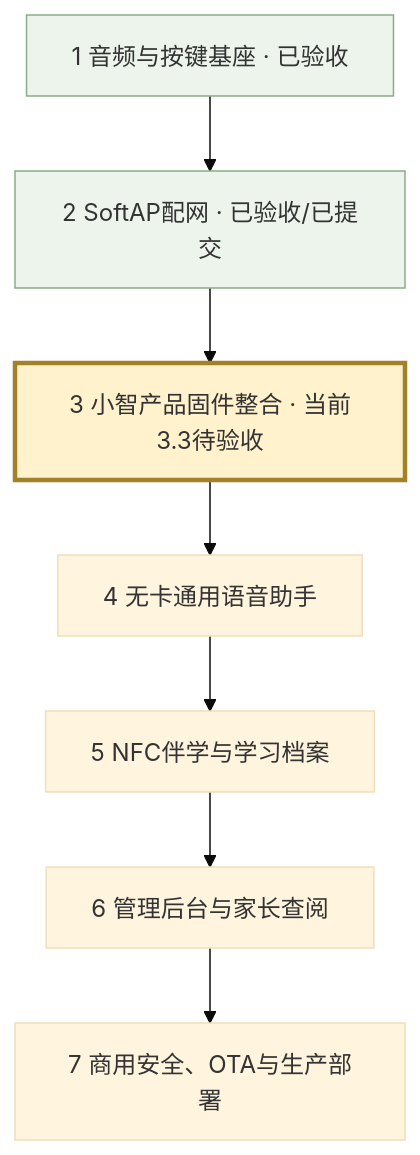
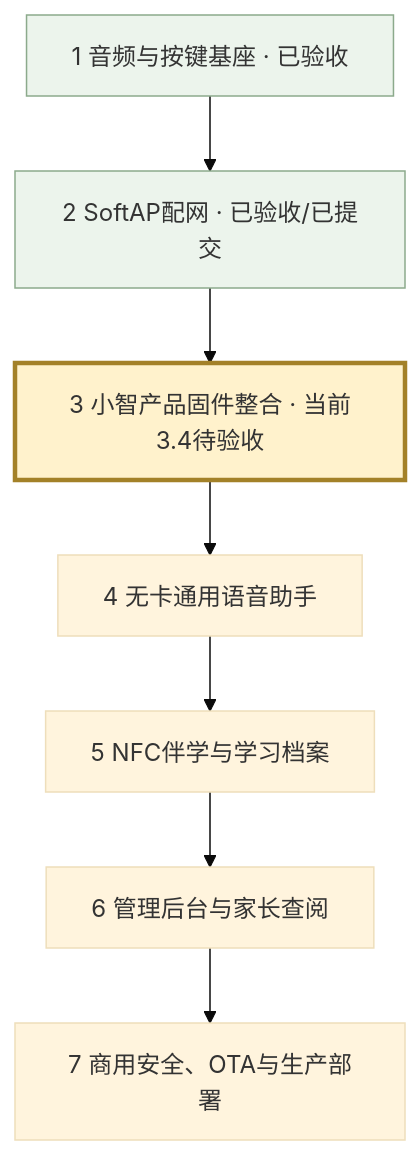
Before and after one commit to helper15901590/stubuddy: the diagram in stubuddy/firmware/speaker-selftest/DEVELOPMENT-ROADMAP.md, drawn with Mermaid (base theme). The commit also changed other lines of this file and 42 other files, not shown here.

````diff
--- a/stubuddy/firmware/speaker-selftest/DEVELOPMENT-ROADMAP.md
+++ b/stubuddy/firmware/speaker-selftest/DEVELOPMENT-ROADMAP.md
@@ -7,12 +7,12 @@
 ```mermaid
 flowchart TB
   A["1 音频与按键基座 · 已验收"] --> B["2 SoftAP配网 · 已验收/已提交"]
-  B --> C["3 小智产品固件整合 · 当前3.3待验收"]
+  B --> C["3 小智产品固件整合 · 当前3.4待验收"]
   C --> D["4 无卡通用语音助手"]
   D --> E["5 NFC伴学与学习档案"]
   E --> F["6 管理后台与家长查阅"]
   F --> G["7 商用安全、OTA与生产部署"]
   style A fill:#ecf4ec,stroke:#8caa8c
   style B fill:#ecf4ec,stroke:#8caa8c
   style C fill:#fff2cc,stroke:#a38128,stroke-width:3px
 ```
````
